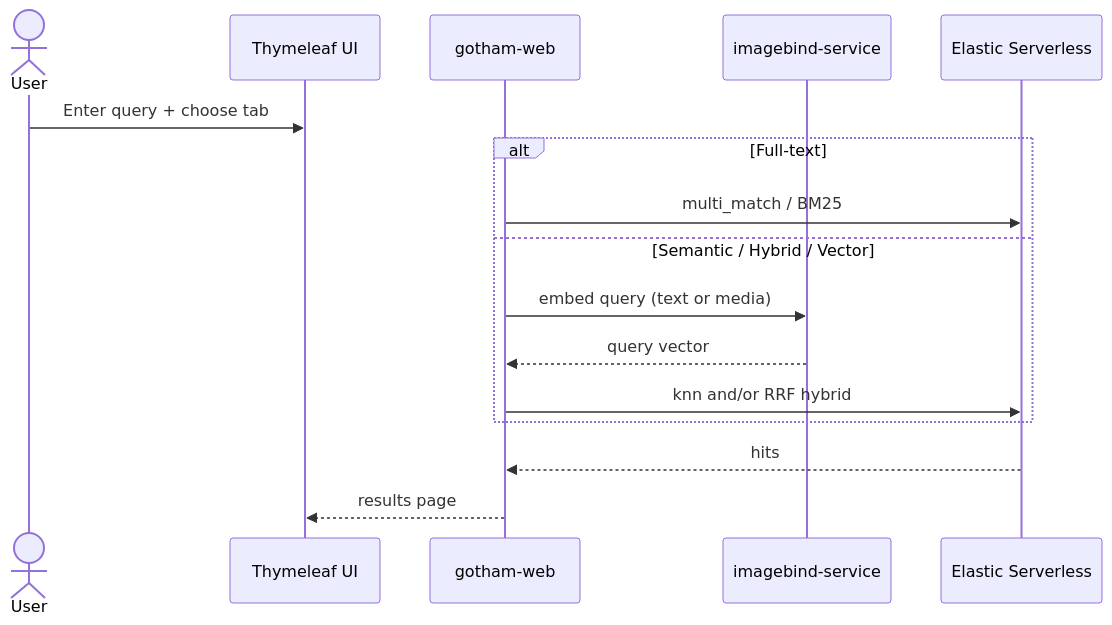
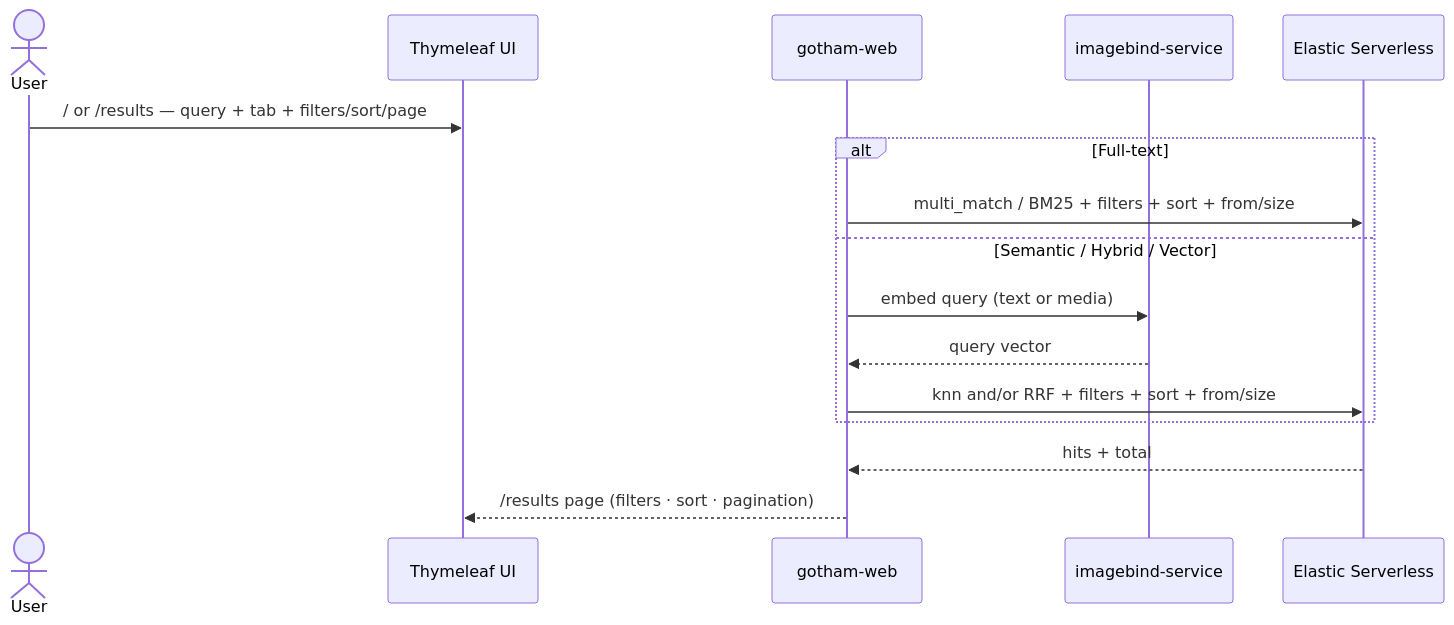
The third of 3 diagrams in docs/architecture-components.md (bigfito/gotham-media-browser), drawn with Mermaid before and after one commit. The commit also changed other lines of this file and 1 other file, not shown here.

First line of the commit message:
Define frontend IA for browser, results, and admin CRUD

````diff
--- a/docs/architecture-components.md
+++ b/docs/architecture-components.md
@@ -113,19 +117,19 @@
 ```mermaid
 sequenceDiagram
   actor User
   participant UI as Thymeleaf UI
   participant App as gotham-web
   participant IB as imagebind-service
   participant ES as Elastic Serverless
 
-  User->>UI: Enter query + choose tab
+  User->>UI: / or /results — query + tab + filters/sort/page
   alt Full-text
-    App->>ES: multi_match / BM25
+    App->>ES: multi_match / BM25 + filters + sort + from/size
   else Semantic / Hybrid / Vector
     App->>IB: embed query (text or media)
     IB-->>App: query vector
-    App->>ES: knn and/or RRF hybrid
+    App->>ES: knn and/or RRF + filters + sort + from/size
   end
-  ES-->>App: hits
-  App-->>UI: results page
+  ES-->>App: hits + total
+  App-->>UI: /results page (filters · sort · pagination)
 ```
````
